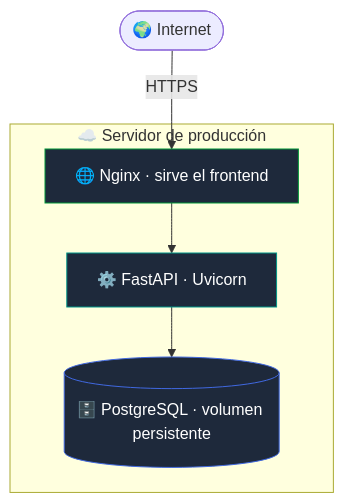
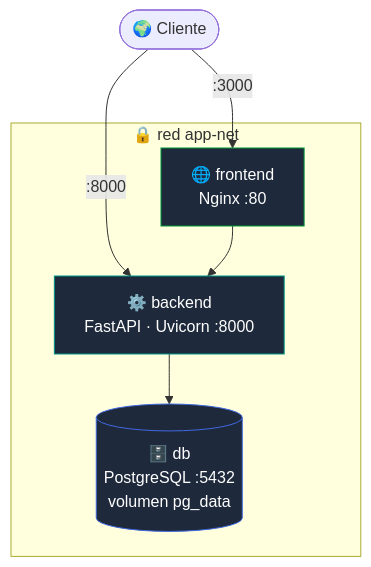
Before and after one commit to Miguel-cast/Laboratorio-4: the diagram in README.md, drawn with Mermaid. The commit also changed other lines of this file and 1 other file, not shown here.

````diff
--- a/README.md
+++ b/README.md
@@ -448,14 +51,15 @@
 ```mermaid
 flowchart TB
-    Internet([🌍 Internet]) -->|HTTPS| N
-    subgraph Servidor["☁️ Servidor de producción"]
-        N["🌐 Nginx · sirve el frontend"]
-        API["⚙️ FastAPI · Uvicorn"]
-        PG[("🗄️ PostgreSQL · volumen persistente")]
-        N --> API --> PG
+    Internet([🌍 Cliente]) -->|:3000| FE
+    Internet -->|:8000| BE
+    subgraph net["🔒 red app-net"]
+        FE["🌐 frontend<br/>Nginx :80"]
+        BE["⚙️ backend<br/>FastAPI · Uvicorn :8000"]
+        DB[("🗄️ db<br/>PostgreSQL :5432<br/>volumen pg_data")]
+        FE --> BE --> DB
     end
 
-    style N fill:#1e293b,stroke:#009639,color:#fff
-    style API fill:#1e293b,stroke:#009688,color:#fff
-    style PG fill:#1e293b,stroke:#4169E1,color:#fff
+    style FE fill:#1e293b,stroke:#009639,color:#fff
+    style BE fill:#1e293b,stroke:#009688,color:#fff
+    style DB fill:#1e293b,stroke:#4169E1,color:#fff
 ```
````
